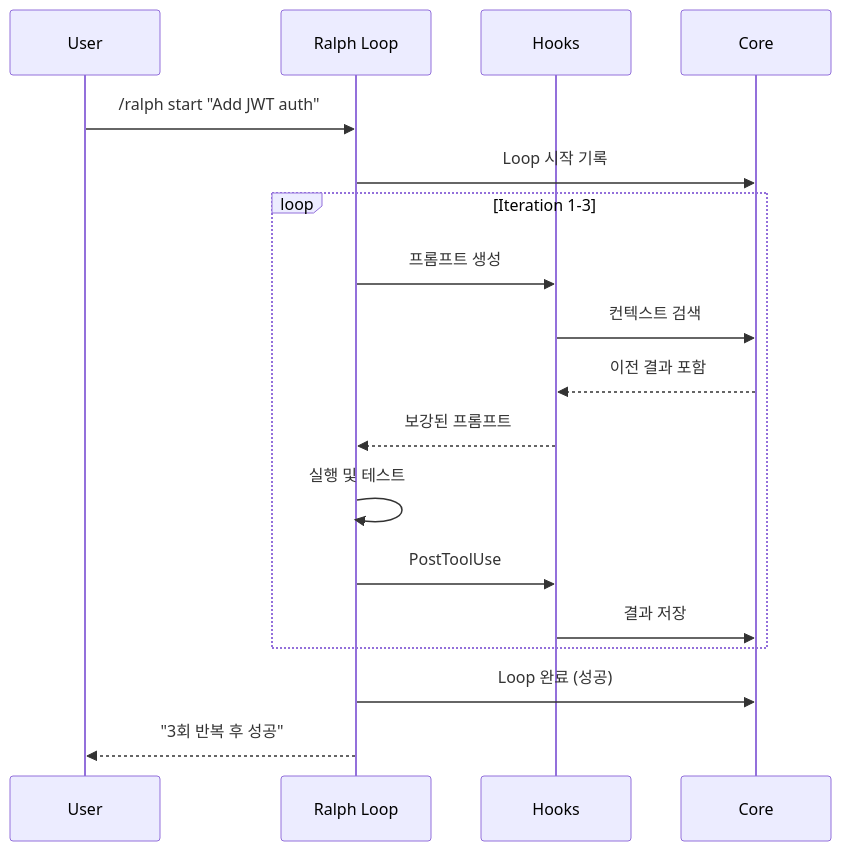
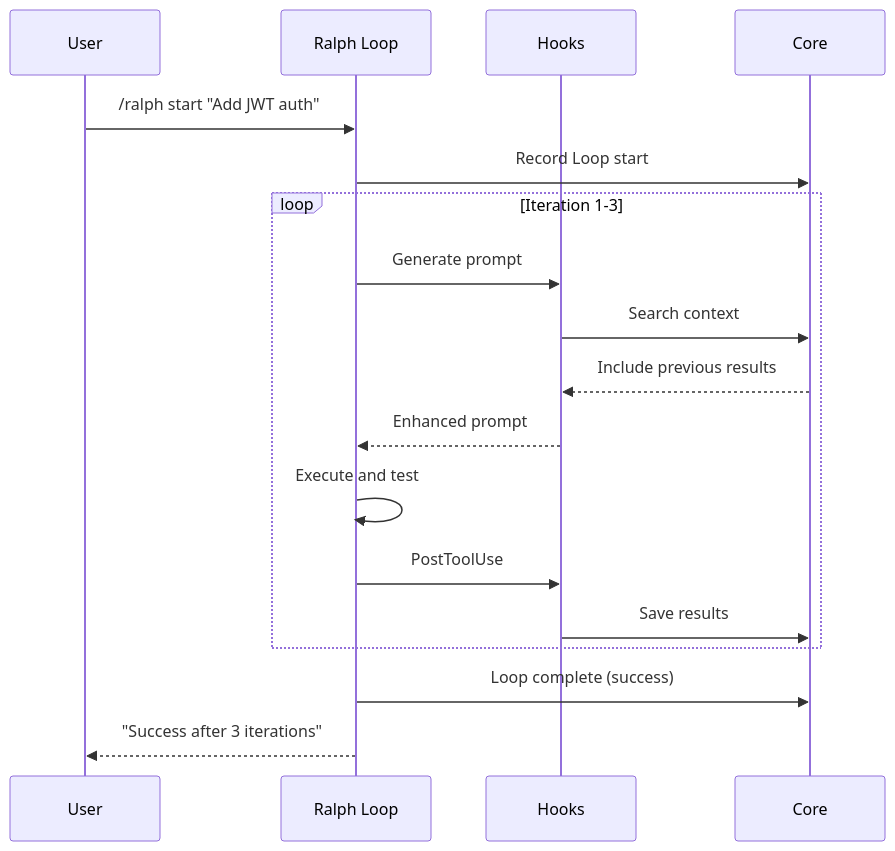
Before and after one commit to yeochul-jeon/ralph-mem: the tenth of 10 diagrams in docs/PRD.md, drawn with Mermaid. The commit also changed other lines of this file and 26 other files, not shown here.

````diff
--- a/docs/PRD.md
+++ b/docs/PRD.md
@@ -532,23 +534,23 @@
 ```mermaid
 sequenceDiagram
     participant U as User
     participant R as Ralph Loop
     participant H as Hooks
     participant C as Core
 
     U->>R: /ralph start "Add JWT auth"
-    R->>C: Loop 시작 기록
+    R->>C: Record Loop start
 
     loop Iteration 1-3
-        R->>H: 프롬프트 생성
-        H->>C: 컨텍스트 검색
-        C-->>H: 이전 결과 포함
-        H-->>R: 보강된 프롬프트
-        R->>R: 실행 및 테스트
+        R->>H: Generate prompt
+        H->>C: Search context
+        C-->>H: Include previous results
+        H-->>R: Enhanced prompt
+        R->>R: Execute and test
         R->>H: PostToolUse
-        H->>C: 결과 저장
+        H->>C: Save results
     end
 
-    R->>C: Loop 완료 (성공)
-    R-->>U: "3회 반복 후 성공"
+    R->>C: Loop complete (success)
+    R-->>U: "Success after 3 iterations"
 ```
````
